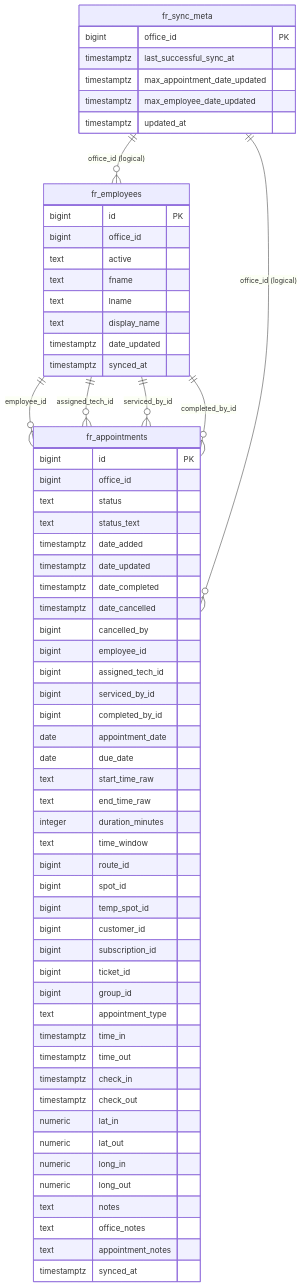
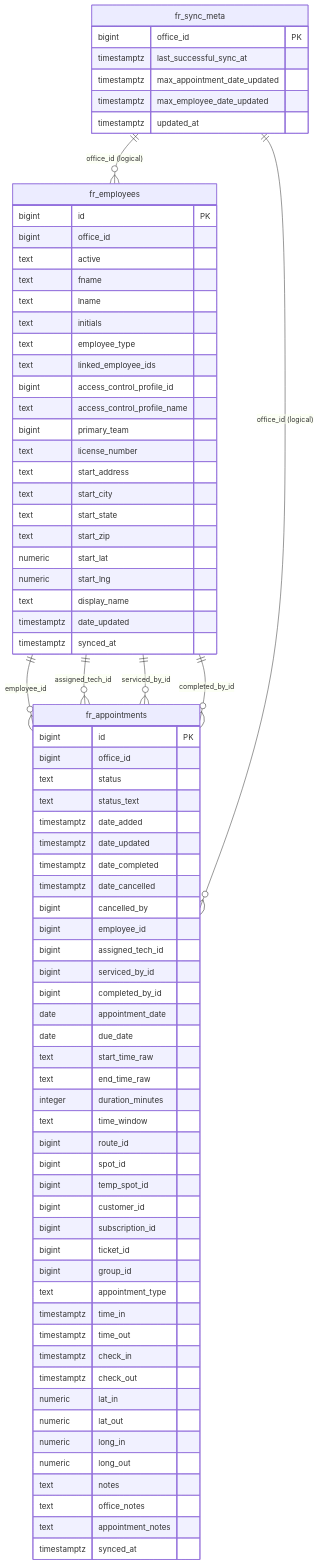
One commit to Welaunch-AI/proforce-map changed the diagram in supabase/FR_WORKFLOW_SCHEMA_VISUAL.md. Above: the diagram before and after it, drawn with Mermaid. The commit also changed 4 other files, not shown here.

```diff
--- a/supabase/FR_WORKFLOW_SCHEMA_VISUAL.md
+++ b/supabase/FR_WORKFLOW_SCHEMA_VISUAL.md
@@ -17,6 +17,19 @@
     text active
     text fname
     text lname
+    text initials
+    text employee_type
+    text linked_employee_ids
+    bigint access_control_profile_id
+    text access_control_profile_name
+    bigint primary_team
+    text license_number
+    text start_address
+    text start_city
+    text start_state
+    text start_zip
+    numeric start_lat
+    numeric start_lng
     text display_name
     timestamptz date_updated
     timestamptz synced_at
```
